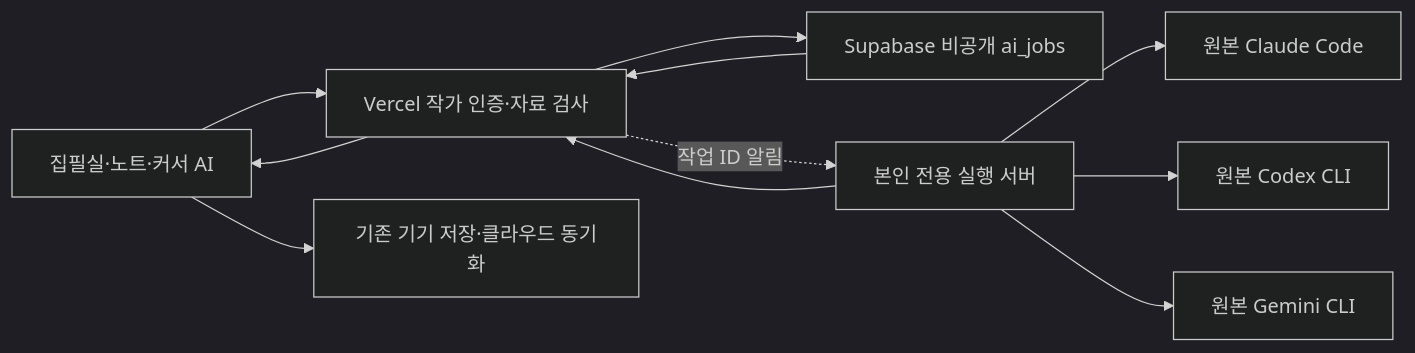
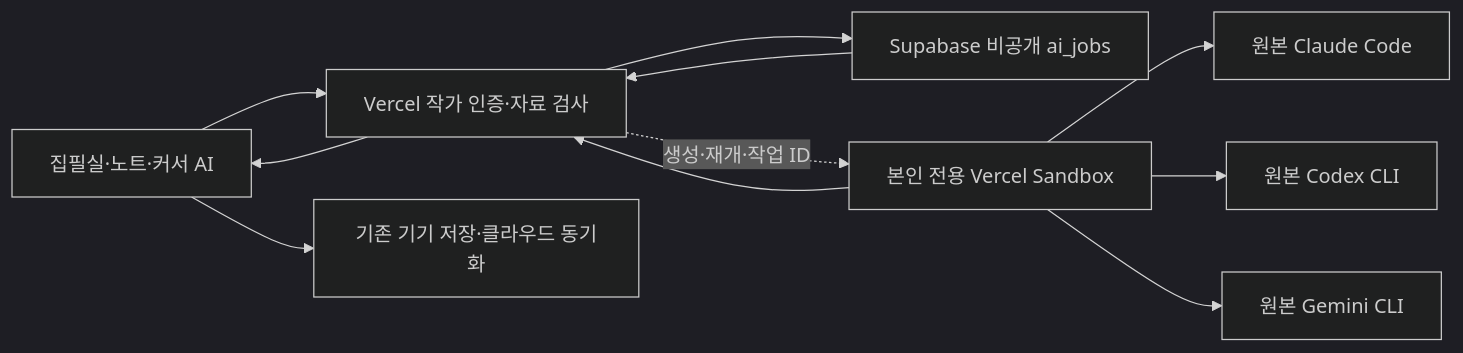
One commit to inf1si/Kosmos changed the diagram in docs/ai-runtime-design.md. Above: the diagram before and after it, drawn with Mermaid (dark theme). The commit also changed other lines of this file and 6 other files, not shown here.

Commit message:
docs: verify three CLI installations on Vercel Sandbox [skip ci]

````diff
--- a/docs/ai-runtime-design.md
+++ b/docs/ai-runtime-design.md
@@ -53,13 +53,13 @@
 ```mermaid
 flowchart LR
   UI[집필실·노트·커서 AI] --> Gateway[Vercel 작가 인증·자료 검사]
   Gateway --> Jobs[Supabase 비공개 ai_jobs]
-  Gateway -. 작업 ID 알림 .-> Runner[본인 전용 실행 서버]
+  Gateway -. 생성·재개·작업 ID .-> Runner[본인 전용 Vercel Sandbox]
   Runner --> Gateway
   Runner --> Claude[원본 Claude Code]
   Runner --> Codex[원본 Codex CLI]
   Runner --> Gemini[원본 Gemini CLI]
   Jobs --> Gateway
   Gateway --> UI
   UI --> Save[기존 기기 저장·클라우드 동기화]
 ```
````
